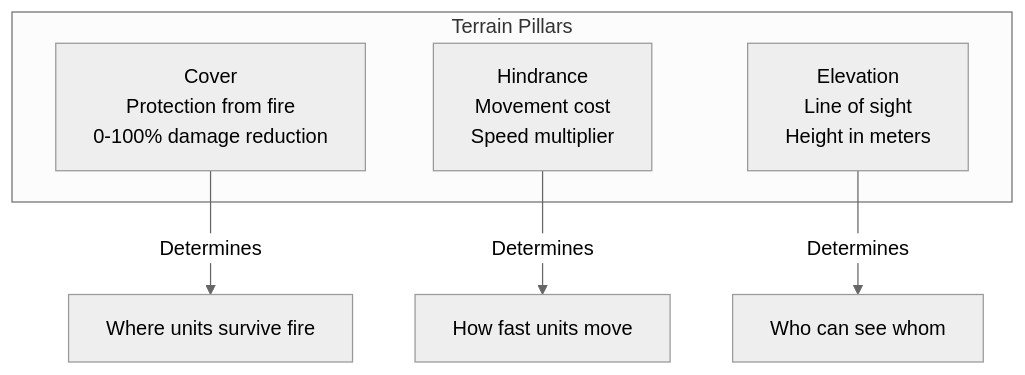
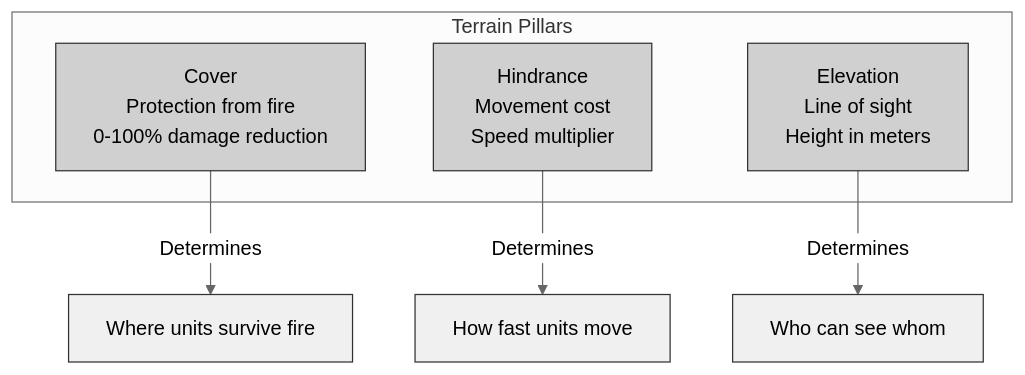
One commit to jukofyork/close-combat-architecture-study changed the diagram in chapter_04_world_terrain.md. Above: the diagram before and after it, drawn with Mermaid (neutral theme). The commit also changed 15 other files, not shown here.

````diff
--- a/chapter_04_world_terrain.md
+++ b/chapter_04_world_terrain.md
@@ -177,12 +177,20 @@
 ```mermaid
 flowchart TB
+    classDef default fill:#fff,stroke:#000,stroke-width:1px
+    classDef light fill:#f0f0f0,stroke:#333,stroke-width:1px
+    classDef medium fill:#d0d0d0,stroke:#333,stroke-width:1px
+    classDef dark fill:#b0b0b0,stroke:#000,stroke-width:2px
+
     subgraph TerrainPillars["Terrain Pillars"]
-        C[Cover<br>Protection from fire<br>0-100% damage reduction]
-        H[Hindrance<br>Movement cost<br>Speed multiplier]
-        E[Elevation<br>Line of sight<br>Height in meters]
+        C[Cover<br/>Protection from fire<br/>0-100% damage reduction]
+        H[Hindrance<br/>Movement cost<br/>Speed multiplier]
+        E[Elevation<br/>Line of sight<br/>Height in meters]
     end
 
     C -->|Determines| Survival["Where units survive fire"]
     H -->|Determines| Mobility["How fast units move"]
     E -->|Determines| Visibility["Who can see whom"]
+
+    class C,H,E medium
+    class Survival,Mobility,Visibility light
 ```
````
